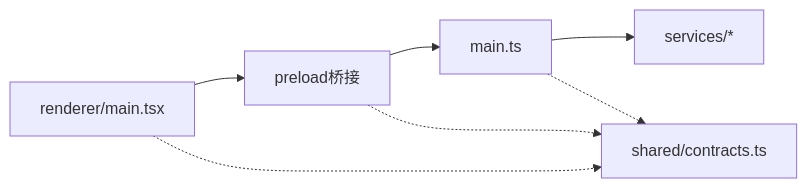
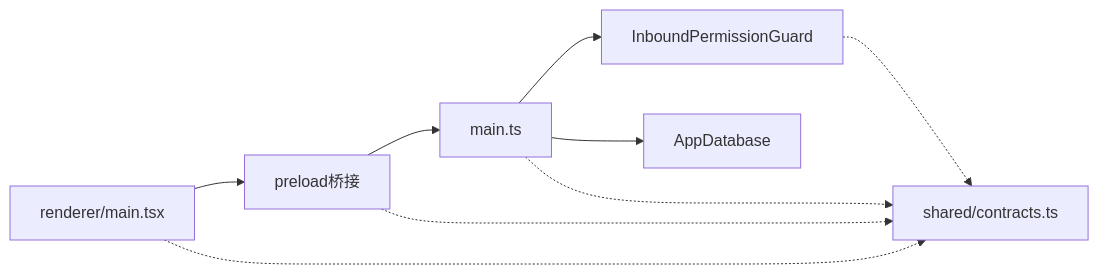
Before and after one commit to iljahofbauer219-lang/yandu: the eighth of 8 diagrams in .qoder/repowiki/zh/content/系统架构/IPC通信机制.md, drawn with Mermaid. The commit also changed other lines of this file and 153 other files, not shown here.

````diff
--- a/.qoder/repowiki/zh/content/系统架构/IPC通信机制.md
+++ b/.qoder/repowiki/zh/content/系统架构/IPC通信机制.md
@@ -232,9 +271,11 @@
 ```mermaid
 graph LR
 R["renderer/main.tsx"] --> P["preload桥接"]
 P --> M["main.ts"]
-M --> S["services/*"]
+M --> A["InboundPermissionGuard"]
+M --> S["AppDatabase"]
 R -.-> C["shared/contracts.ts"]
 P -.-> C
 M -.-> C
+A -.-> C
 ```
````
